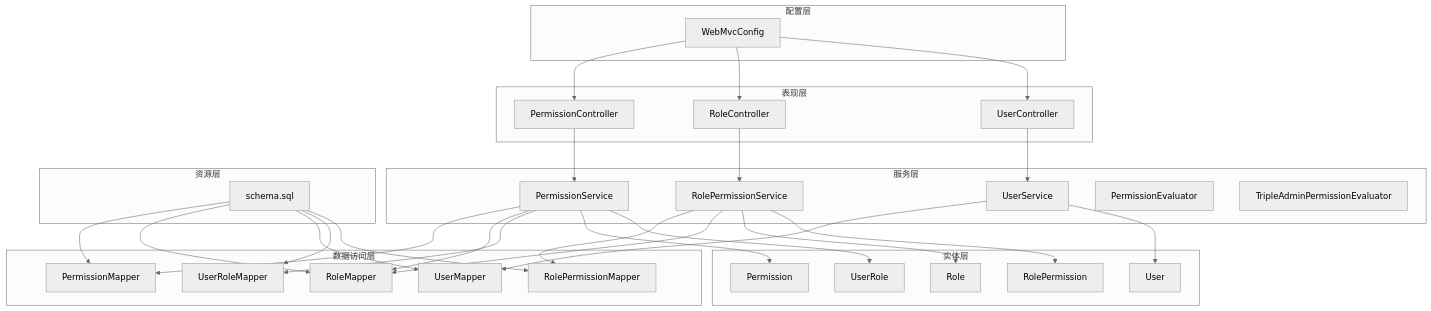
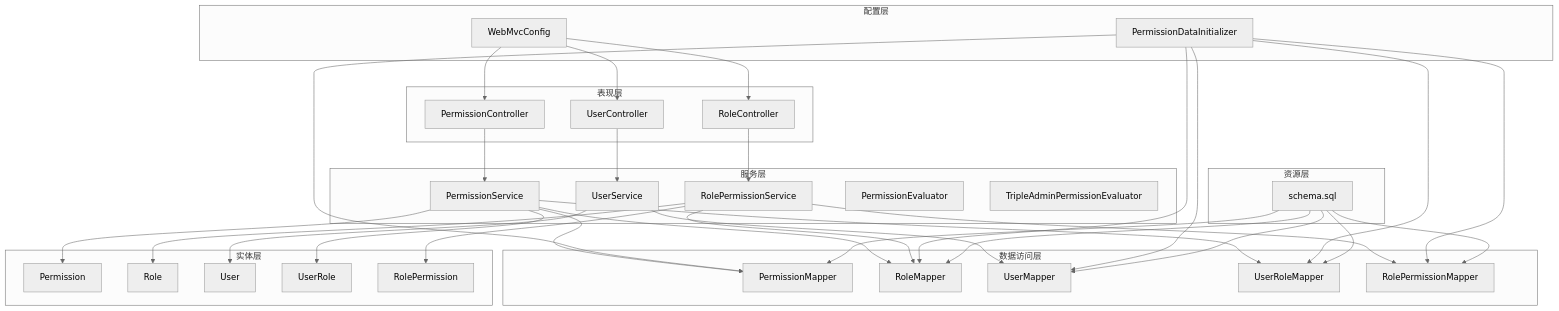
One commit to liming-lihaini/workflow changed the first of 9 diagrams in .qoder/repowiki/zh/content/权限控制系统/RBAC权限模型.md. Above: the diagram before and after it, drawn with Mermaid (neutral theme). The commit also changed other lines of this file and 9 other files, not shown here.

````diff
--- a/.qoder/repowiki/zh/content/权限控制系统/RBAC权限模型.md
+++ b/.qoder/repowiki/zh/content/权限控制系统/RBAC权限模型.md
@@ -60,57 +63,63 @@
 ```mermaid
 graph TB
 subgraph "表现层"
 PC["PermissionController"]
 RC["RoleController"]
 UC["UserController"]
 end
 subgraph "服务层"
 PS["PermissionService"]
 RPS["RolePermissionService"]
 US["UserService"]
 PE["PermissionEvaluator"]
 TAPE["TripleAdminPermissionEvaluator"]
 end
 subgraph "数据访问层"
 PM["PermissionMapper"]
 RM["RoleMapper"]
 UM["UserMapper"]
 URM["UserRoleMapper"]
 RPM["RolePermissionMapper"]
 end
 subgraph "实体层"
 P["Permission"]
 R["Role"]
 U["User"]
 UR["UserRole"]
 RP["RolePermission"]
 end
 subgraph "配置层"
 WMC["WebMvcConfig"]
+PDI["PermissionDataInitializer"]
 end
 subgraph "资源层"
 SQL["schema.sql"]
 end
 PC --> PS
 RC --> RPS
 UC --> US
 PS --> PM
 RPS --> RPM
 US --> UM
 PS --> RM
 PS --> URM
 RPS --> RM
 PS --> P
 RPS --> R
 US --> U
 PS --> UR
 RPS --> RP
 WMC --> PC
 WMC --> RC
 WMC --> UC
+PDI --> PM
+PDI --> RM
+PDI --> UM
+PDI --> URM
+PDI --> RPM
 SQL --> PM
 SQL --> RM
 SQL --> UM
 SQL --> URM
 SQL --> RPM
 ```
````
